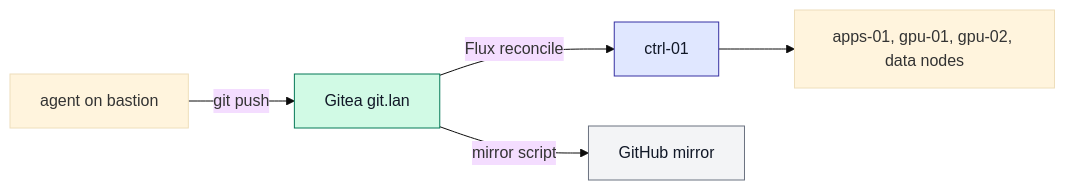
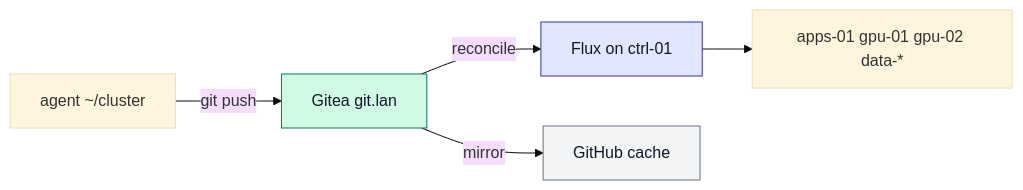
Before and after one commit to gordoncooper/jarvis-cluster: the second of 8 diagrams in README.md, drawn with Mermaid (base theme). The commit also changed other lines of this file, not shown here.

Commit message:
docs: cluster README is the Flux map (tree, router, Hands)

````diff
--- a/README.md
+++ b/README.md
@@ -47,13 +57,13 @@
 ```mermaid
 flowchart LR
   classDef src fill:#d1fae5,stroke:#047857,color:#111827
   classDef ctrl fill:#e0e7ff,stroke:#3730a3,color:#111827
   classDef mir fill:#f3f4f6,stroke:#6b7280,color:#111827
-  Dev["agent on bastion"] -->|"git push"| Gitea["Gitea git.lan"]
-  Gitea -->|"Flux reconcile"| Ctrl["ctrl-01"]
-  Ctrl --> Workers["apps-01, gpu-01, gpu-02, data nodes"]
-  Gitea -->|"mirror script"| GH["GitHub mirror"]
+  Dev["agent ~/cluster"] -->|"git push"| Gitea["Gitea git.lan"]
+  Gitea -->|"reconcile"| Ctrl["Flux on ctrl-01"]
+  Ctrl --> Workers["apps-01 gpu-01 gpu-02 data-*"]
+  Gitea -->|"mirror"| GH["GitHub cache"]
   class Gitea src
   class Ctrl ctrl
   class GH mir
 ```
````
